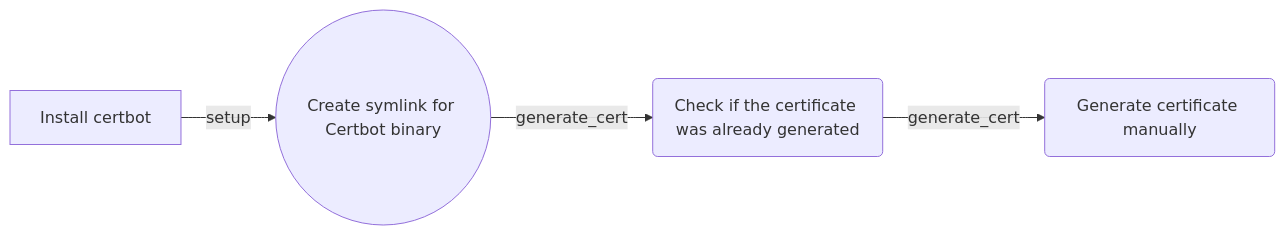
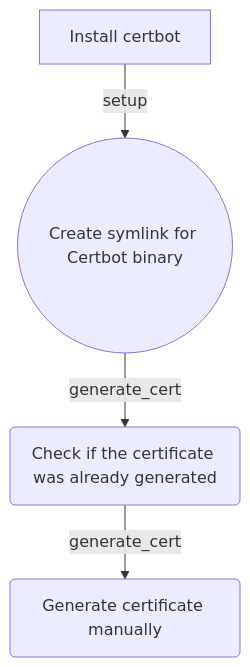
Before and after one commit to rudolfolah/ansible-role-letsencryptssl: the diagram in README.md, drawn with Mermaid.

Commit message:
orientation of the diagram fixed

````diff
--- a/README.md
+++ b/README.md
@@ -6,6 +6,6 @@
 ```mermaid
-graph LR
+graph TB
 A[Install certbot] -- setup --> B((Create symlink for Certbot binary))
 B -- generate_cert --> C(Check if the certificate was already generated)
 C -- generate_cert --> D(Generate certificate manually)
 ```
````
